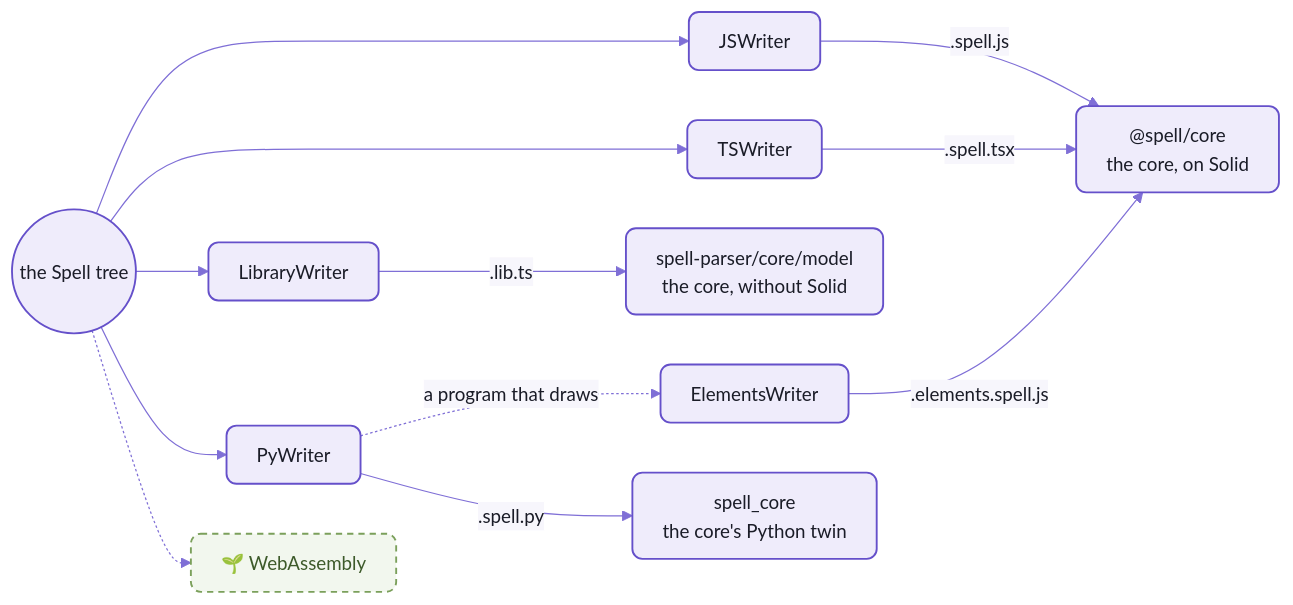
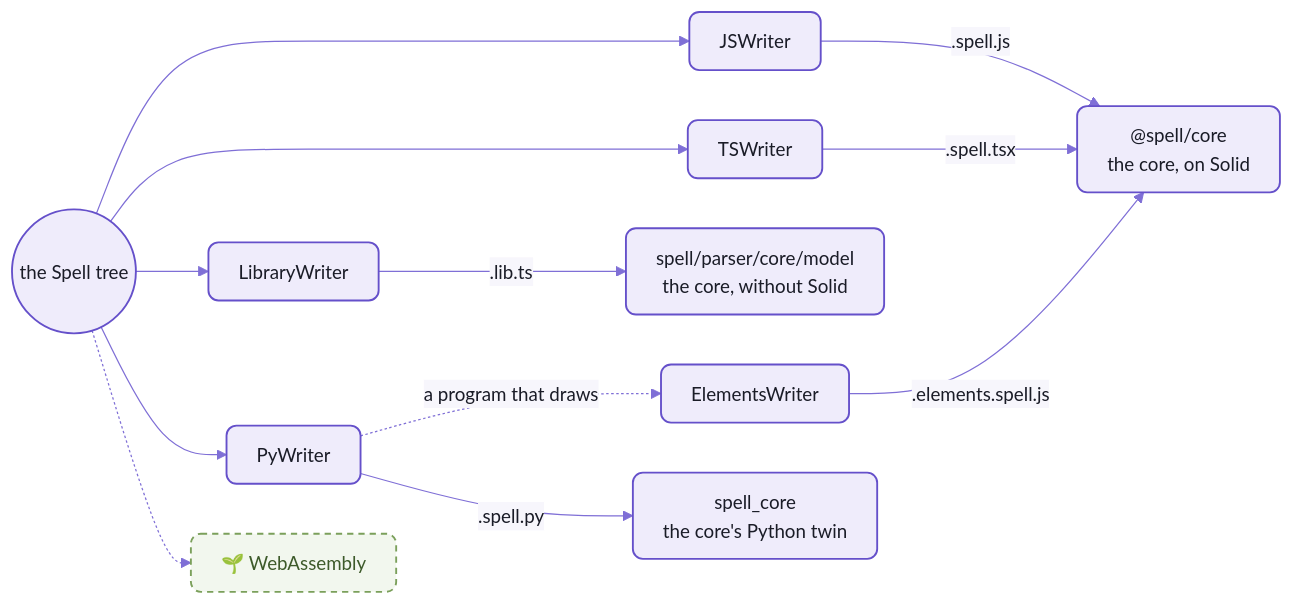
The diagram in parser/README-targets.md (spell-app/spell), drawn with Mermaid before and after one commit. The commit also changed other lines of this file and 2812 other files, not shown here.

Commit message:
repo-split P20:  One Repo -- spell rename imports over the merged repo:  spell-ui/x => spell/ui/x (and parser, epic, app), each <repo>-source => spell-source, paths naming the old folders => the new (../spell-ui/ => ../ui/), GitHub links into the old repos' files => the merged repo's

````diff
--- a/parser/README-targets.md
+++ b/parser/README-targets.md
@@ -71,19 +71,19 @@
 ```mermaid
 %%{init: {"theme":"base","themeVariables":{"fontFamily":"-apple-system, BlinkMacSystemFont, Segoe UI, Helvetica, Arial, sans-serif","fontSize":"15px","primaryColor":"#EFECFB","primaryBorderColor":"#6550CA","primaryTextColor":"#1A1C27","secondaryColor":"#F4F1E9","tertiaryColor":"#F7F6FC","lineColor":"#7F6FD6","textColor":"#7F6FD6","clusterBkg":"#F7F6FC","clusterBorder":"#B9B0E8","titleColor":"#1A1C27","edgeLabelBackground":"#F7F6FC","actorBkg":"#EFECFB","actorBorder":"#6550CA","actorTextColor":"#1A1C27","actorLineColor":"#9C90DE","signalColor":"#7F6FD6","signalTextColor":"#7F6FD6","labelBoxBkgColor":"#EFECFB","labelBoxBorderColor":"#6550CA","labelTextColor":"#1A1C27","loopTextColor":"#7F6FD6","noteBkgColor":"#F1E7D4","noteBorderColor":"#C9B48A","noteTextColor":"#1A1C27","activationBkgColor":"#DCD6F7","activationBorderColor":"#6550CA","sequenceNumberColor":"#FFFFFF"},"flowchart":{"curve":"basis","padding":12,"nodeSpacing":40,"rankSpacing":44}}}%%
 flowchart LR
   tree((the Spell tree)) --> js[JSWriter]
   tree --> ts[TSWriter]
   tree --> lib[LibraryWriter]
   tree --> py[PyWriter]
   py -. a program that draws .-> el[ElementsWriter]
   tree -.-> wasm[🌱 WebAssembly]
   js -- .spell.js --> core["@spell/core<br/>the core, on Solid"]
   ts -- .spell.tsx --> core
   el -- .elements.spell.js --> core
-  lib -- .lib.ts --> model["spell-parser/core/model<br/>the core, without Solid"]
+  lib -- .lib.ts --> model["spell/parser/core/model<br/>the core, without Solid"]
   py -- .spell.py --> spc["spell_core<br/>the core's Python twin"]
   %% the Spell look:  yarn mermaid:pretty
   classDef default fill:#EFECFB,stroke:#6550CA,stroke-width:1.5px,color:#1A1C27,rx:8px,ry:8px
   classDef coming fill:#F2F7EE,stroke:#7BA05B,stroke-width:1.5px,stroke-dasharray:5 4,color:#3D5A2A,rx:8px,ry:8px
   class wasm coming
 ```
````
